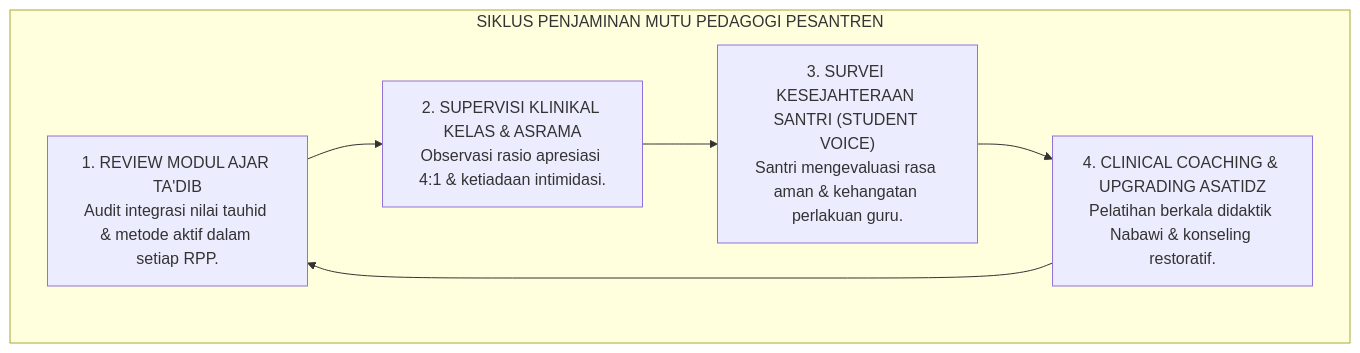
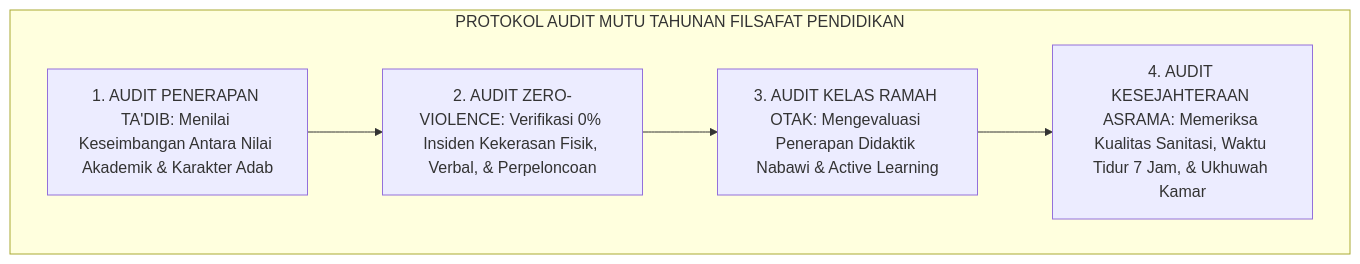
The fourth of 4 diagrams in 01 Philosophy/04 Education/P1-04-07-Sintesis-Filsafat-Pendidikan-TUMBUH.md (wandiapriliyandi/tumbuh), drawn with Mermaid before and after one commit. The commit also changed other lines of this file and 7 other files, not shown here.

````diff
--- a/01 Philosophy/04 Education/P1-04-07-Sintesis-Filsafat-Pendidikan-TUMBUH.md
+++ b/01 Philosophy/04 Education/P1-04-07-Sintesis-Filsafat-Pendidikan-TUMBUH.md
@@ -159,14 +181,9 @@
 ```mermaid
 flowchart TD
-    subgraph AuditPedagogiAdab["SIKLUS PENJAMINAN MUTU PEDAGOGI PESANTREN"]
-        ReviewModul["1. REVIEW MODUL AJAR TA'DIB<br/>Audit integrasi nilai tauhid & metode aktif dalam setiap RPP."]
-        
-        SupervisiRamah["2. SUPERVISI KLINIKAL KELAS & ASRAMA<br/>Observasi rasio apresiasi 4:1 & ketiadaan intimidasi."]
-        
-        SurveiKesejahteraan["3. SURVEI KESEJAHTERAAN SANTRI (STUDENT VOICE)<br/>Santri mengevaluasi rasa aman & kehangatan perlakuan guru."]
-        
-        CoachingMusyrif["4. CLINICAL COACHING & UPGRADING ASATIDZ<br/>Pelatihan berkala didaktik Nabawi & konseling restoratif."]
-        
-        ReviewModul --> SupervisiRamah --> SurveiKesejahteraan --> CoachingMusyrif --> ReviewModul
+    subgraph AuditMutuPendidikanTUMBUH["PROTOKOL AUDIT MUTU TAHUNAN FILSAFAT PENDIDIKAN"]
+        Audit1["1. AUDIT PENERAPAN TA'DIB: Menilai Keseimbangan Antara Nilai Akademik & Karakter Adab"]
+        --> Audit2["2. AUDIT ZERO-VIOLENCE: Verifikasi 0% Insiden Kekerasan Fisik, Verbal, & Perpeloncoan"]
+        --> Audit3["3. AUDIT KELAS RAMAH OTAK: Mengevaluasi Penerapan Didaktik Nabawi & Active Learning"]
+        --> Audit4["4. AUDIT KESEJAHTERAAN ASRAMA: Memeriksa Kualitas Sanitasi, Waktu Tidur 7 Jam, & Ukhuwah Kamar"]
     end
 ```
````
